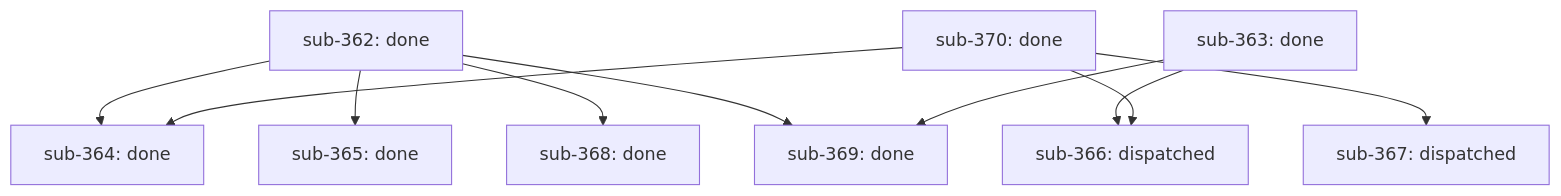
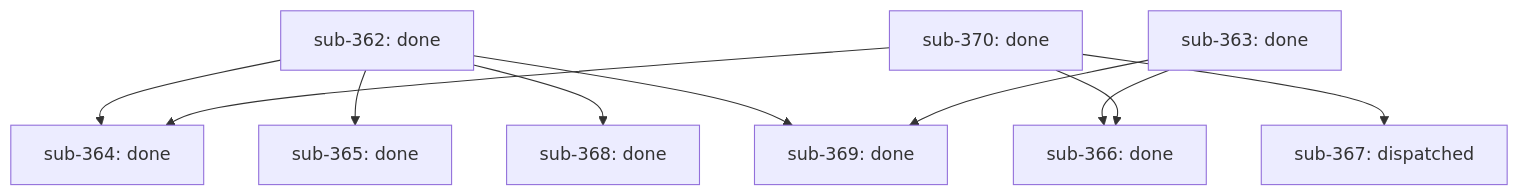
One commit to infiquetra/infiquetra-claude-plugins changed the diagram in docs/outcomes/tier-effort-first-class/report.md. Above: the diagram before and after it, drawn with Mermaid. The commit also changed other lines of this file, not shown here.

Commit message:
docs(outcome): tier-effort-first-class 8/9 — sub-366 harvested (PR #510, re #366)

````diff
--- a/docs/outcomes/tier-effort-first-class/report.md
+++ b/docs/outcomes/tier-effort-first-class/report.md
@@ -7,21 +7,21 @@
 ```mermaid
 flowchart TD
     sub-362["sub-362: done"]
     sub-363["sub-363: done"]
     sub-364["sub-364: done"]
     sub-365["sub-365: done"]
-    sub-366["sub-366: dispatched"]
+    sub-366["sub-366: done"]
     sub-367["sub-367: dispatched"]
     sub-368["sub-368: done"]
     sub-369["sub-369: done"]
     sub-370["sub-370: done"]
     sub-362 --> sub-364
     sub-370 --> sub-364
     sub-362 --> sub-365
     sub-363 --> sub-366
     sub-370 --> sub-366
     sub-370 --> sub-367
     sub-362 --> sub-368
     sub-362 --> sub-369
     sub-363 --> sub-369
 ```
````
